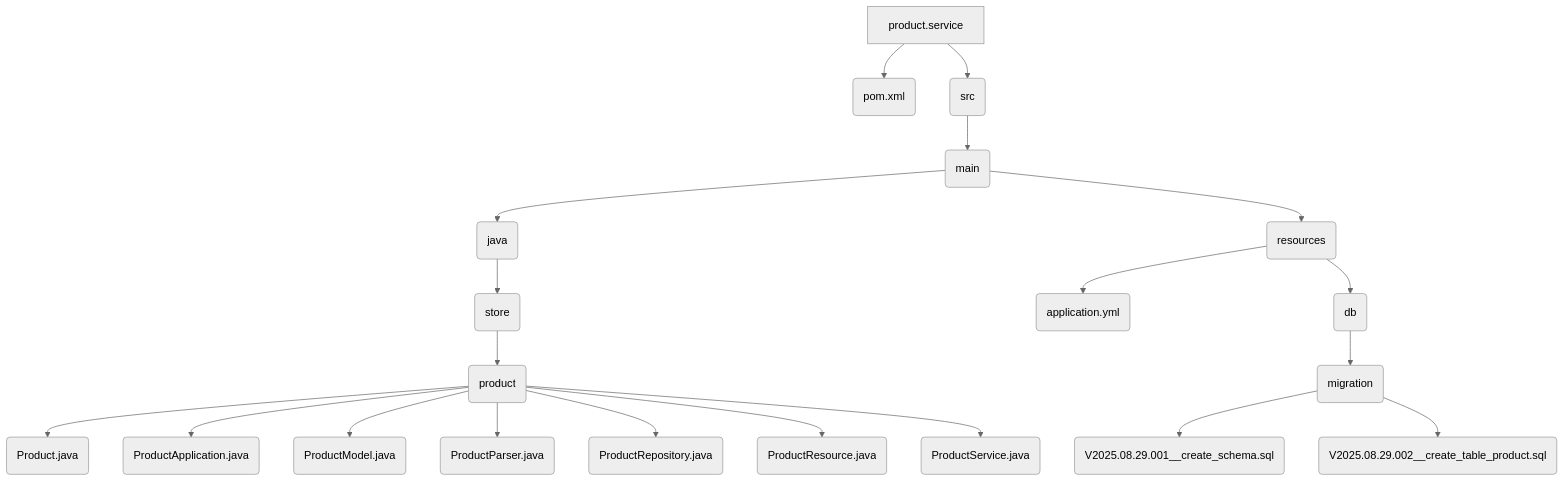
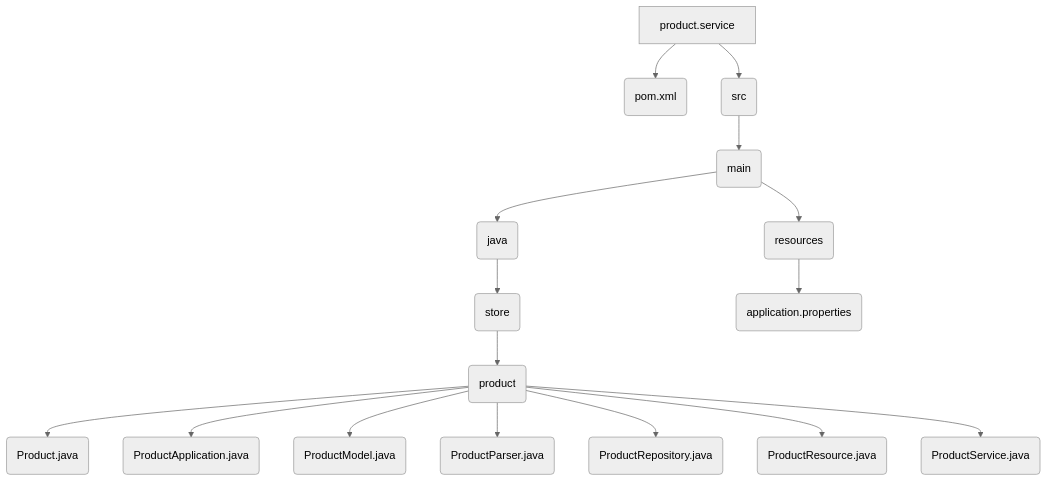
The diagram in docs/product/product.service.md (microservices-architecture-example/homepage), drawn with Mermaid (neutral theme) before and after one commit. The commit also changed other lines of this file and 2 other files, not shown here.

````diff
--- a/docs/product/product.service.md
+++ b/docs/product/product.service.md
@@ -7,22 +7,18 @@
 ```mermaid
 flowchart TD
     A[product.service] --> B(pom.xml)
     A --> C(src)
     C --> D(main)
     D --> E(java)
     E --> F(store)
     F --> G(product)
     G --> H(Product.java)
     G --> I(ProductApplication.java)
     G --> J(ProductModel.java)
     G --> K(ProductParser.java)
     G --> L(ProductRepository.java)
     G --> M(ProductResource.java)
     G --> N(ProductService.java)
     D --> O(resources)
-    O --> P(application.yml)
-    O --> Q(db)
-    Q --> R(migration)
-    R --> S(V2025.08.29.001__create_schema.sql)
-    R --> T(V2025.08.29.002__create_table_product.sql)
+    O --> P(application.properties)
 ```
````
